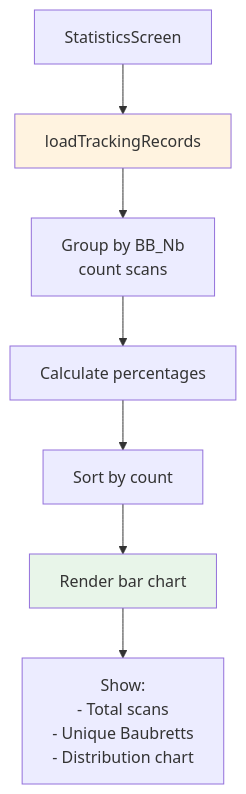
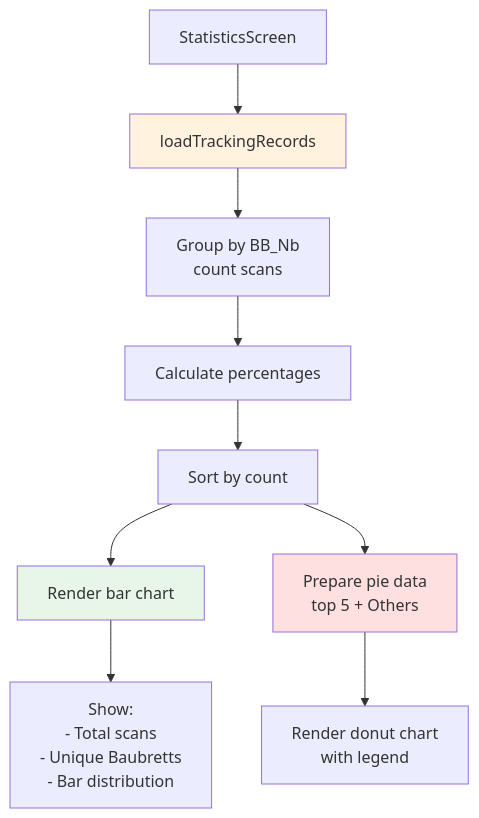
Diagram 12 of 16 in BaubrettTracker/WORKFLOW_SCHEMATIC.md (medjlaiel/Smart-Assembly-Board-For-Mercedes-Benz-Project), drawn with Mermaid before and after one commit. The commit also changed other lines of this file and 6 other files, not shown here.

Commit message:
Add pie chart to statistics screen

````diff
--- a/BaubrettTracker/WORKFLOW_SCHEMATIC.md
+++ b/BaubrettTracker/WORKFLOW_SCHEMATIC.md
@@ -403,12 +403,15 @@
 ```mermaid
 graph TD
     Stats[StatisticsScreen] --> Load[loadTrackingRecords]
     Load --> Group[Group by BB_Nb<br/>count scans]
     Group --> Calc[Calculate percentages]
     Calc --> Sort[Sort by count]
-    Sort --> Render[Render bar chart]
-    Render --> Show[Show:<br/>- Total scans<br/>- Unique Baubretts<br/>- Distribution chart]
+    Sort --> RenderBar[Render bar chart]
+    Sort --> RenderPie[Prepare pie data<br/>top 5 + Others]
+    RenderBar --> ShowBar[Show:<br/>- Total scans<br/>- Unique Baubretts<br/>- Bar distribution]
+    RenderPie --> ShowPie[Render donut chart<br/>with legend]
     
     style Load fill:#fff3e0
-    style Render fill:#e8f5e9
+    style RenderBar fill:#e8f5e9
+    style RenderPie fill:#ffe0e0
 ```
````
